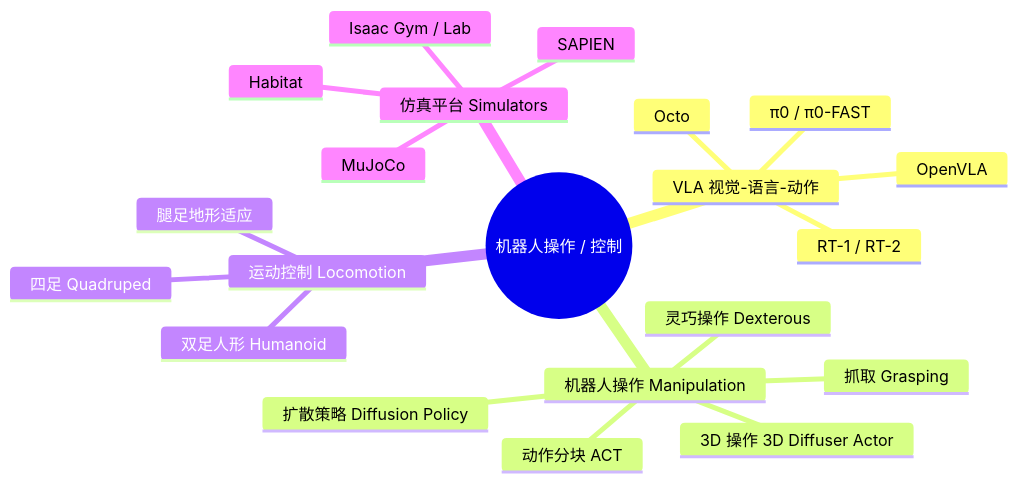
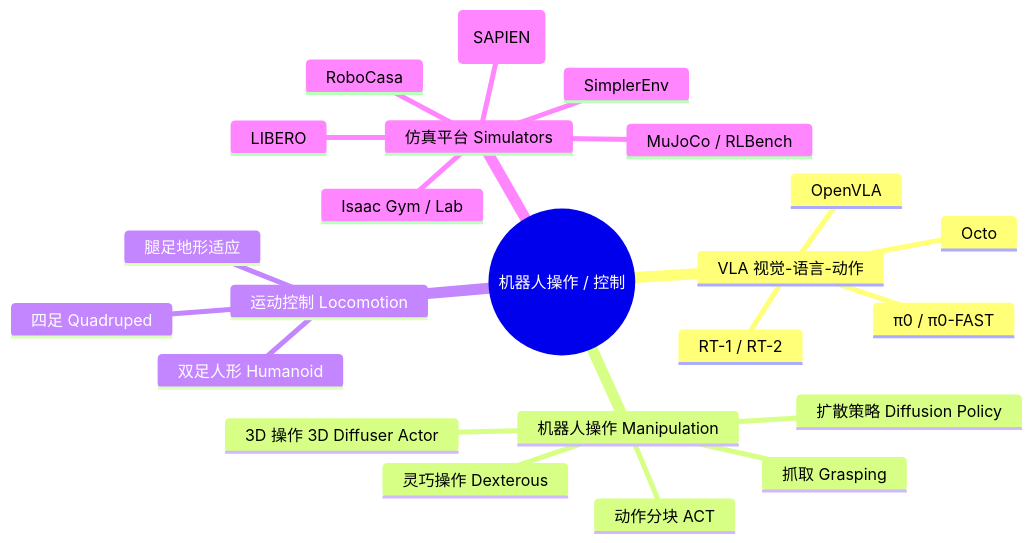
Before and after one commit to GrayLee1210/GrayLee1210: the fifth of 7 diagrams in README.md, drawn with Mermaid. The commit also changed other lines of this file, not shown here.

Commit message:
fix: replace navigation simulators with manipulation/VLA simulators in robot manipulation section

````diff
--- a/README.md
+++ b/README.md
@@ -162,24 +162,26 @@
 ```mermaid
 mindmap
   root((机器人操作 / 控制))
     VLA 视觉-语言-动作
       RT-1 / RT-2
       OpenVLA
       Octo
       π0 / π0-FAST
     机器人操作 Manipulation
       抓取 Grasping
       灵巧操作 Dexterous
       扩散策略 Diffusion Policy
       动作分块 ACT
       3D 操作 3D Diffuser Actor
     运动控制 Locomotion
       四足 Quadruped
       双足人形 Humanoid
       腿足地形适应
     仿真平台 Simulators
-      Habitat
+      LIBERO
+      SimplerEnv
+      RoboCasa
+      ManiSkill (SAPIEN)
       Isaac Gym / Lab
-      MuJoCo
-      SAPIEN
+      MuJoCo / RLBench
 ```
````
